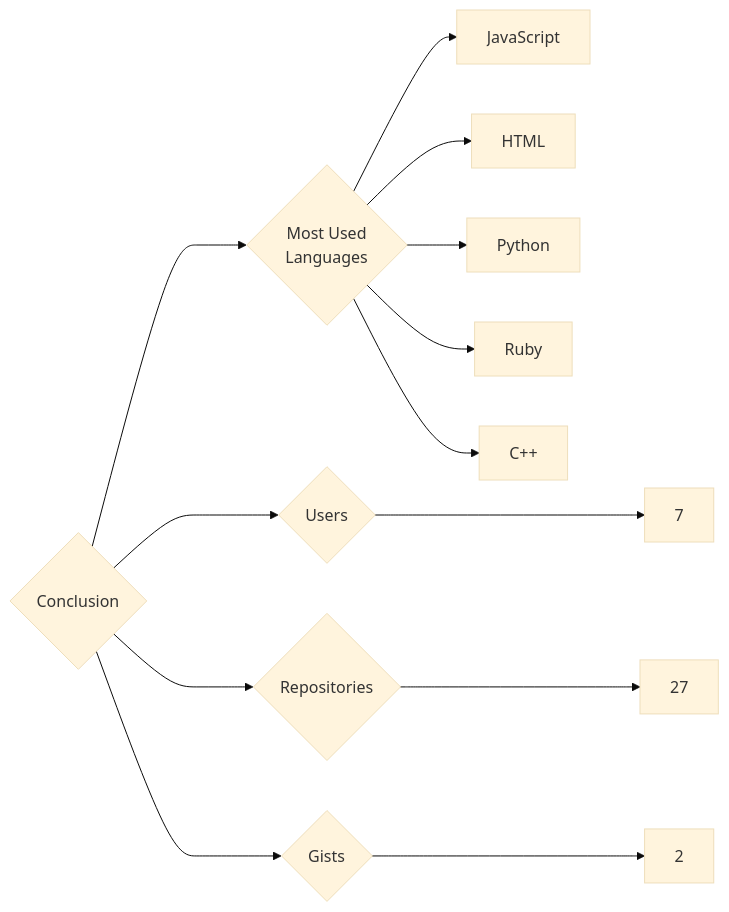
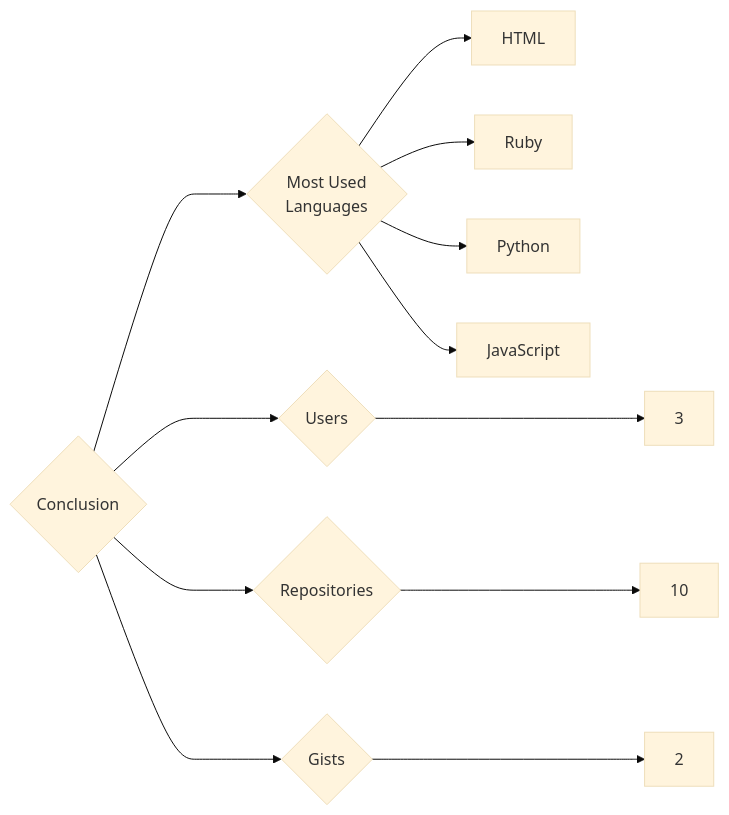
Before and after one commit to trickest/insiders: the diagram in targets/Conclusion/README.md, drawn with Mermaid (base theme). The commit also changed 1055 other files, not shown here.

````diff
--- a/targets/Conclusion/README.md
+++ b/targets/Conclusion/README.md
@@ -3,13 +3,12 @@
 ```mermaid
 graph LR
 COMPANY_NAME{Conclusion}
-COMPANY_NAME ---> U{Users} ---> UN[7]
-COMPANY_NAME ---> R{Repositories} ---> RN[27]
+COMPANY_NAME ---> U{Users} ---> UN[3]
+COMPANY_NAME ---> R{Repositories} ---> RN[10]
 COMPANY_NAME ---> G{Gists} ---> GN[2]
 COMPANY_NAME ---> ML{Most Used<br>Languages}
+ML --> HTML[HTML]
+ML --> Ruby[Ruby]
+ML --> Python[Python]
 ML --> JavaScript[JavaScript]
-ML --> HTML[HTML]
-ML --> Python[Python]
-ML --> Ruby[Ruby]
-ML --> C++[C++]
 ```
````
